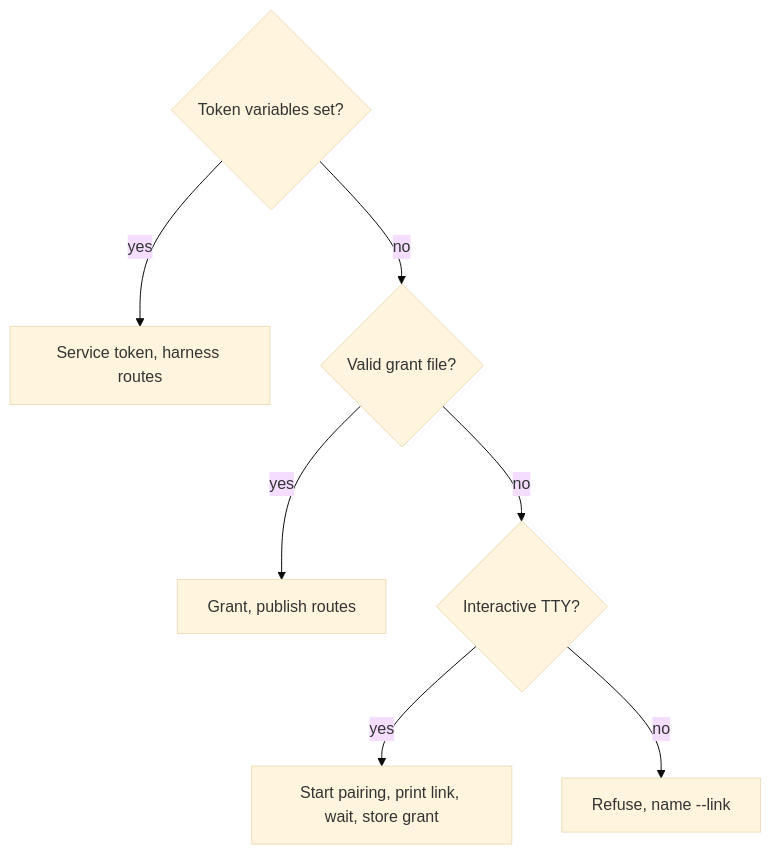
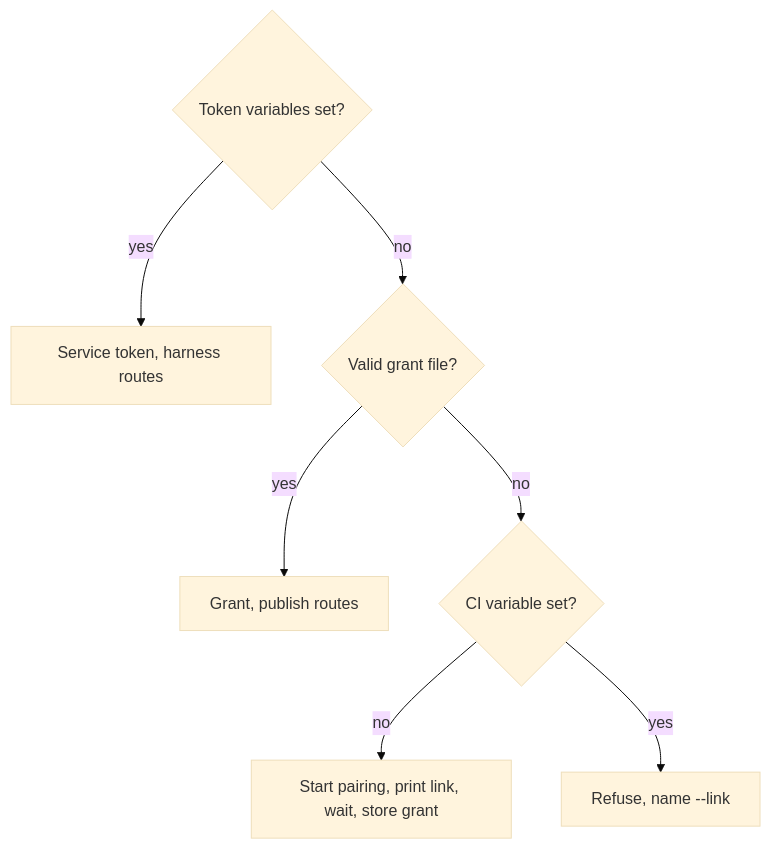
Before and after one commit to betamobility/slides: the third of 3 diagrams in docs/plans/2026-10-13-2236-feat-upstream-merge-and-live-scenes-plan.md, drawn with Mermaid (base theme). The commit also changed other lines of this file and 1 other file, not shown here.

````diff
--- a/docs/plans/2026-10-13-2236-feat-upstream-merge-and-live-scenes-plan.md
+++ b/docs/plans/2026-10-13-2236-feat-upstream-merge-and-live-scenes-plan.md
@@ -204,9 +204,9 @@
 ```mermaid
 flowchart TB
   A{Token variables set?} -->|yes| T[Service token, harness routes]
   A -->|no| B{Valid grant file?}
   B -->|yes| P[Grant, publish routes]
-  B -->|no| I{Interactive TTY?}
-  I -->|yes| L[Start pairing, print link, wait, store grant]
-  I -->|no| R[Refuse, name --link]
+  B -->|no| I{CI variable set?}
+  I -->|no| L[Start pairing, print link, wait, store grant]
+  I -->|yes| R[Refuse, name --link]
 ```
````
